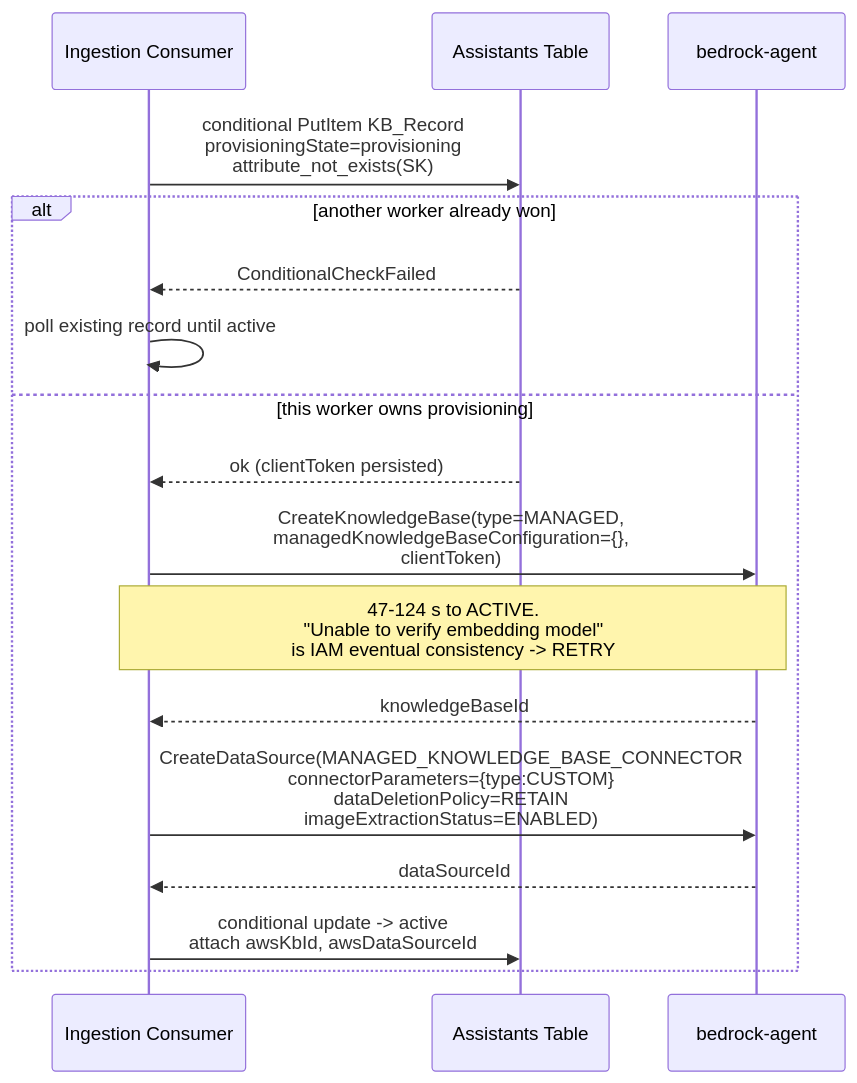
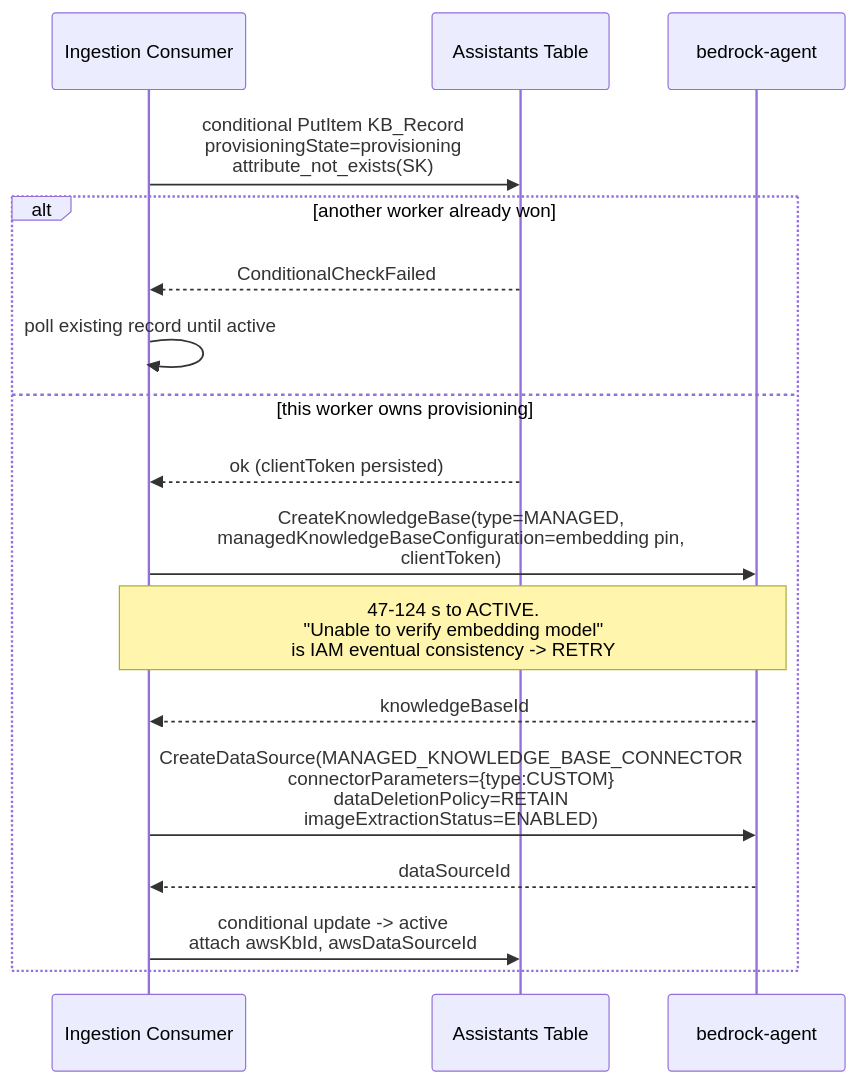
Before and after one commit to Boise-State-Development/agentcore-public-stack: the second of 4 diagrams in .kiro/specs/managed-kb-migration/design.md, drawn with Mermaid. The commit also changed 5 other files, not shown here.

First line of the commit message:
feat(kb): managed knowledge base provisioning, retrieval and direct ingestion

````diff
--- a/.kiro/specs/managed-kb-migration/design.md
+++ b/.kiro/specs/managed-kb-migration/design.md
@@ -463,20 +463,20 @@
 ```mermaid
 sequenceDiagram
     participant IC as Ingestion Consumer
     participant DDB as Assistants Table
     participant BA as bedrock-agent
 
     IC->>DDB: conditional PutItem KB_Record<br/>provisioningState=provisioning<br/>attribute_not_exists(SK)
     alt another worker already won
         DDB-->>IC: ConditionalCheckFailed
         IC->>IC: poll existing record until active
     else this worker owns provisioning
         DDB-->>IC: ok (clientToken persisted)
-        IC->>BA: CreateKnowledgeBase(type=MANAGED,<br/>managedKnowledgeBaseConfiguration={},<br/>clientToken)
+        IC->>BA: CreateKnowledgeBase(type=MANAGED,<br/>managedKnowledgeBaseConfiguration=embedding pin,<br/>clientToken)
         Note over IC,BA: 47-124 s to ACTIVE.<br/>"Unable to verify embedding model"<br/>is IAM eventual consistency -> RETRY
         BA-->>IC: knowledgeBaseId
         IC->>BA: CreateDataSource(MANAGED_KNOWLEDGE_BASE_CONNECTOR<br/>connectorParameters={type:CUSTOM}<br/>dataDeletionPolicy=RETAIN<br/>imageExtractionStatus=ENABLED)
         BA-->>IC: dataSourceId
         IC->>DDB: conditional update -> active<br/>attach awsKbId, awsDataSourceId
     end
 ```
````
